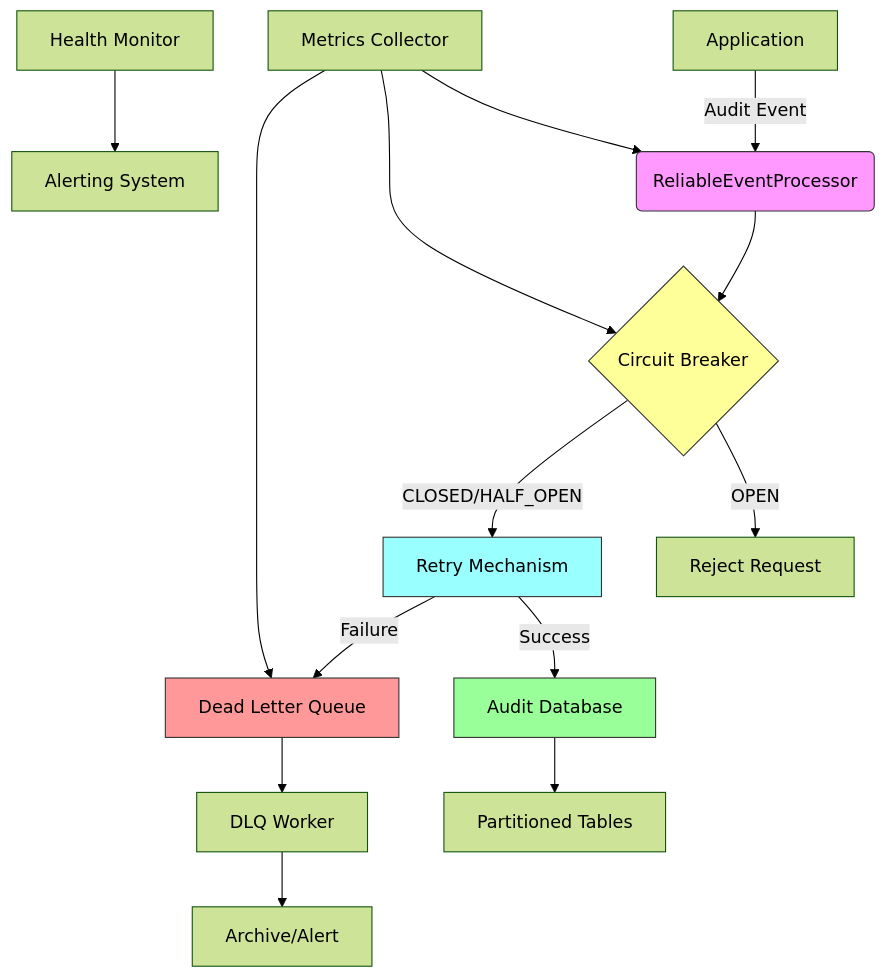
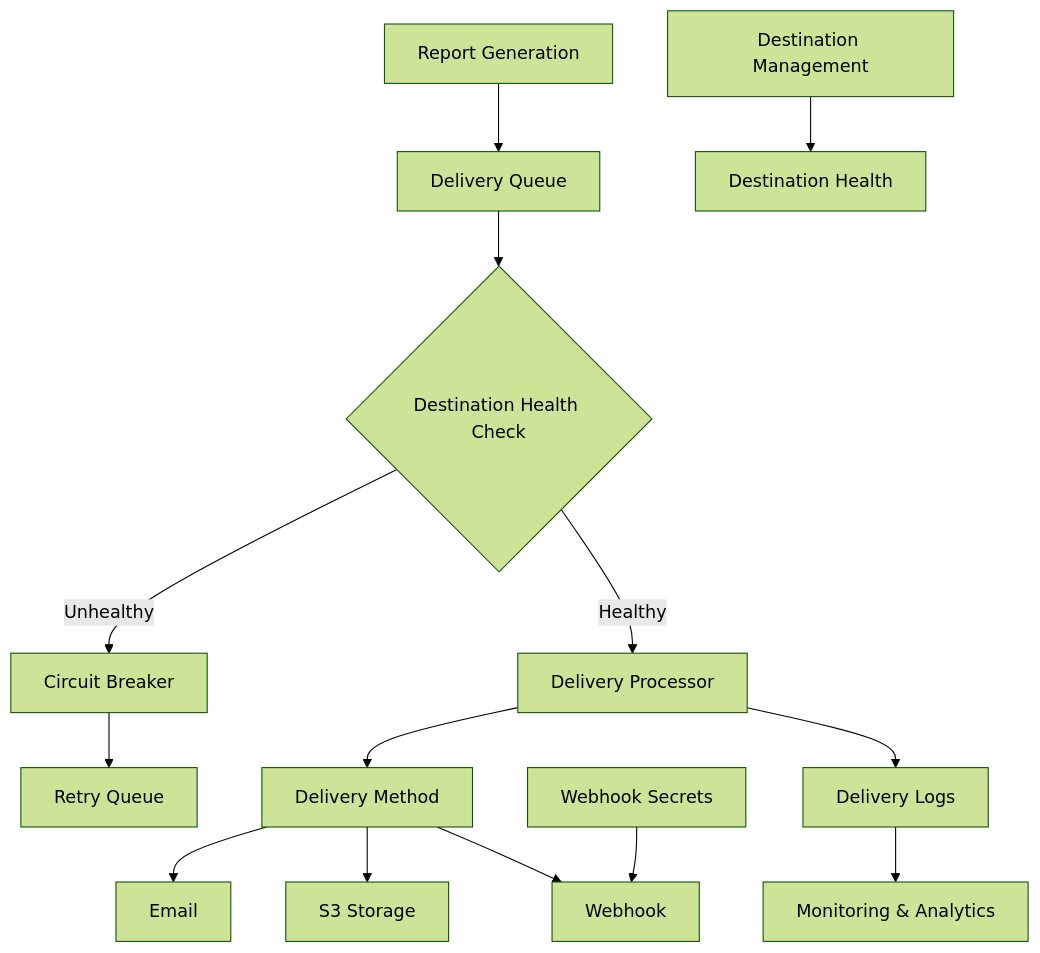
One commit to smedrec/smart-logs changed the first of 2 diagrams in .qoder/repowiki/en/content/Audit Core System/Persistence Integration/Persistence Integration.md. Above: the diagram before and after it, drawn with Mermaid (forest theme). The commit also changed other lines of this file and 23 other files, not shown here.

````diff
--- a/.qoder/repowiki/en/content/Audit Core System/Persistence Integration/Persistence Integration.md
+++ b/.qoder/repowiki/en/content/Audit Core System/Persistence Integration/Persistence Integration.md
@@ -52,21 +38,16 @@
 ```mermaid
-graph TD
-A[Application] --> |Audit Event| B(ReliableEventProcessor)
-B --> C{Circuit Breaker}
-C --> |OPEN| D[Reject Request]
-C --> |CLOSED/HALF_OPEN| E[Retry Mechanism]
-E --> |Success| F[Audit Database]
-E --> |Failure| G[Dead Letter Queue]
-F --> H[Partitioned Tables]
-G --> I[DLQ Worker]
-I --> J[Archive/Alert]
-K[Metrics Collector] --> B
-K --> C
-K --> G
-L[Health Monitor] --> M[Alerting System]
-style B fill:#f9f,stroke:#333
-style C fill:#ff9,stroke:#333
-style E fill:#9ff,stroke:#333
-style G fill:#f99,stroke:#333
-style F fill:#9f9,stroke:#333
+flowchart TD
+A[Report Generation] --> B[Delivery Queue]
+B --> C{Destination Health Check}
+C --> |Healthy| D[Delivery Processor]
+C --> |Unhealthy| E[Circuit Breaker]
+E --> F[Retry Queue]
+D --> G[Delivery Method]
+G --> H[Email]
+G --> I[S3 Storage]
+G --> J[Webhook]
+D --> K[Delivery Logs]
+L[Destination Management] --> M[Destination Health]
+N[Webhook Secrets] --> J
+K --> O[Monitoring & Analytics]
 ```
````
